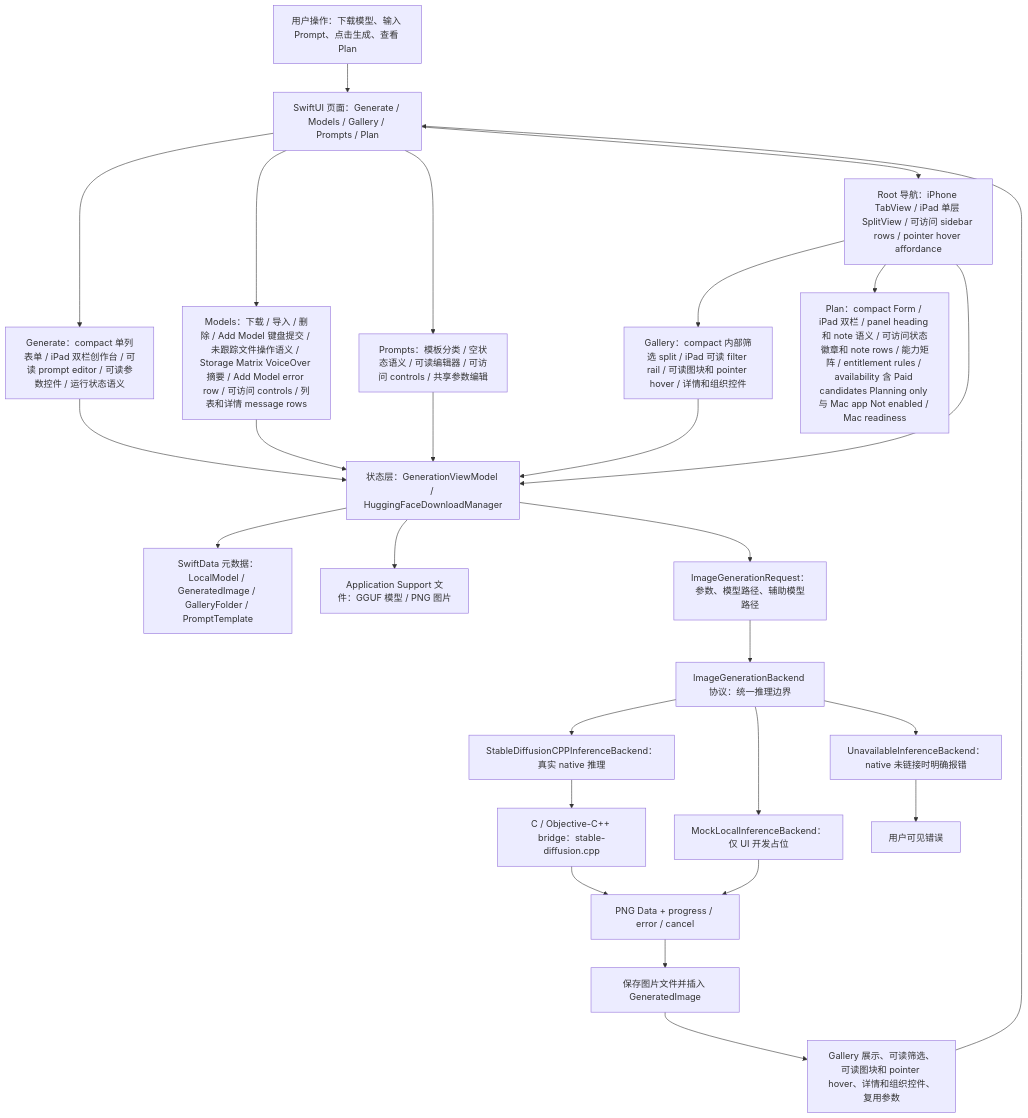
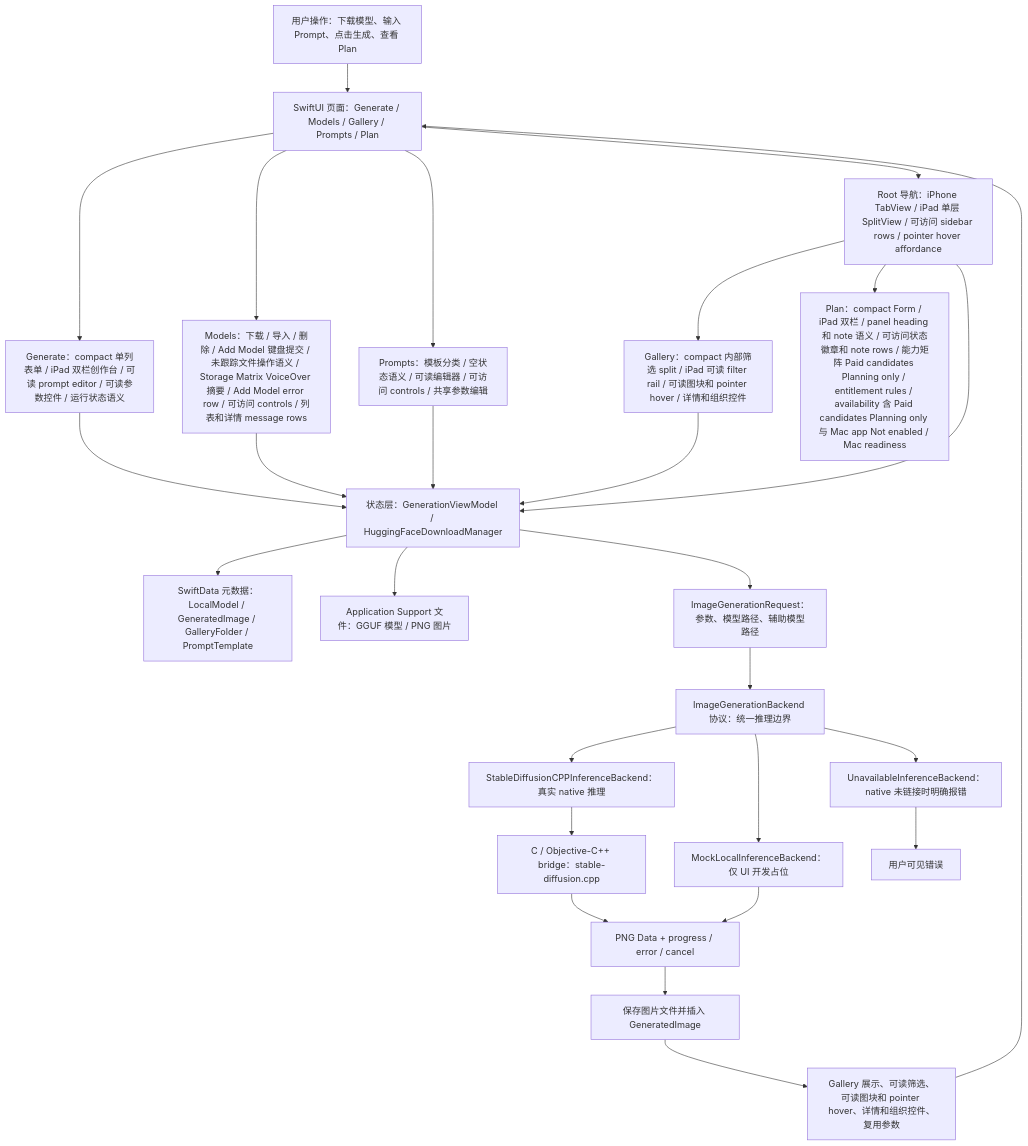
The first of 7 diagrams in md/flow/flowchart.md (Altman-sam114/118), drawn with Mermaid before and after one commit. The commit also changed 5 other files, not shown here.

First line of the commit message:
v1.36: Plan capability planning semantics

````diff
--- a/md/flow/flowchart.md
+++ b/md/flow/flowchart.md
@@ -9,29 +9,29 @@
 ```mermaid
 flowchart TD
   U["用户操作：下载模型、输入 Prompt、点击生成、查看 Plan"] --> UI["SwiftUI 页面：Generate / Models / Gallery / Prompts / Plan"]
   UI --> GENUI["Generate：compact 单列表单 / iPad 双栏创作台 / 可读 prompt editor / 可读参数控件 / 运行状态语义"]
   UI --> MODELUI["Models：下载 / 导入 / 删除 / Add Model 键盘提交 / 未跟踪文件操作语义 / Storage Matrix VoiceOver 摘要 / Add Model error row / 可访问 controls / 列表和详情 message rows"]
   UI --> PROMPTUI["Prompts：模板分类 / 空状态语义 / 可读编辑器 / 可访问 controls / 共享参数编辑"]
   UI --> NAV["Root 导航：iPhone TabView / iPad 单层 SplitView / 可访问 sidebar rows / pointer hover affordance"]
   NAV --> GALUI["Gallery：compact 内部筛选 split / iPad 可读 filter rail / 可读图块和 pointer hover / 详情和组织控件"]
-  NAV --> PLANUI["Plan：compact Form / iPad 双栏 / panel heading 和 note 语义 / 可访问状态徽章和 note rows / 能力矩阵 / entitlement rules / availability 含 Paid candidates Planning only 与 Mac app Not enabled / Mac readiness"]
+  NAV --> PLANUI["Plan：compact Form / iPad 双栏 / panel heading 和 note 语义 / 可访问状态徽章和 note rows / 能力矩阵 Paid candidates Planning only / entitlement rules / availability 含 Paid candidates Planning only 与 Mac app Not enabled / Mac readiness"]
   NAV --> VM["状态层：GenerationViewModel / HuggingFaceDownloadManager"]
   GENUI --> VM
   MODELUI --> VM
   PROMPTUI --> VM
   GALUI --> VM
   VM --> SD["SwiftData 元数据：LocalModel / GeneratedImage / GalleryFolder / PromptTemplate"]
   VM --> FS["Application Support 文件：GGUF 模型 / PNG 图片"]
   VM --> REQ["ImageGenerationRequest：参数、模型路径、辅助模型路径"]
   REQ --> IFACE["ImageGenerationBackend 协议：统一推理边界"]
   IFACE --> NATIVE["StableDiffusionCPPInferenceBackend：真实 native 推理"]
   IFACE --> MOCK["MockLocalInferenceBackend：仅 UI 开发占位"]
   IFACE --> OFF["UnavailableInferenceBackend：native 未链接时明确报错"]
   NATIVE --> BRIDGE["C / Objective-C++ bridge：stable-diffusion.cpp"]
   BRIDGE --> PNG["PNG Data + progress / error / cancel"]
   MOCK --> PNG
   OFF --> ERR["用户可见错误"]
   PNG --> SAVE["保存图片文件并插入 GeneratedImage"]
   SAVE --> GALLERY["Gallery 展示、可读筛选、可读图块和 pointer hover、详情和组织控件、复用参数"]
   GALLERY --> UI
 ```
````
